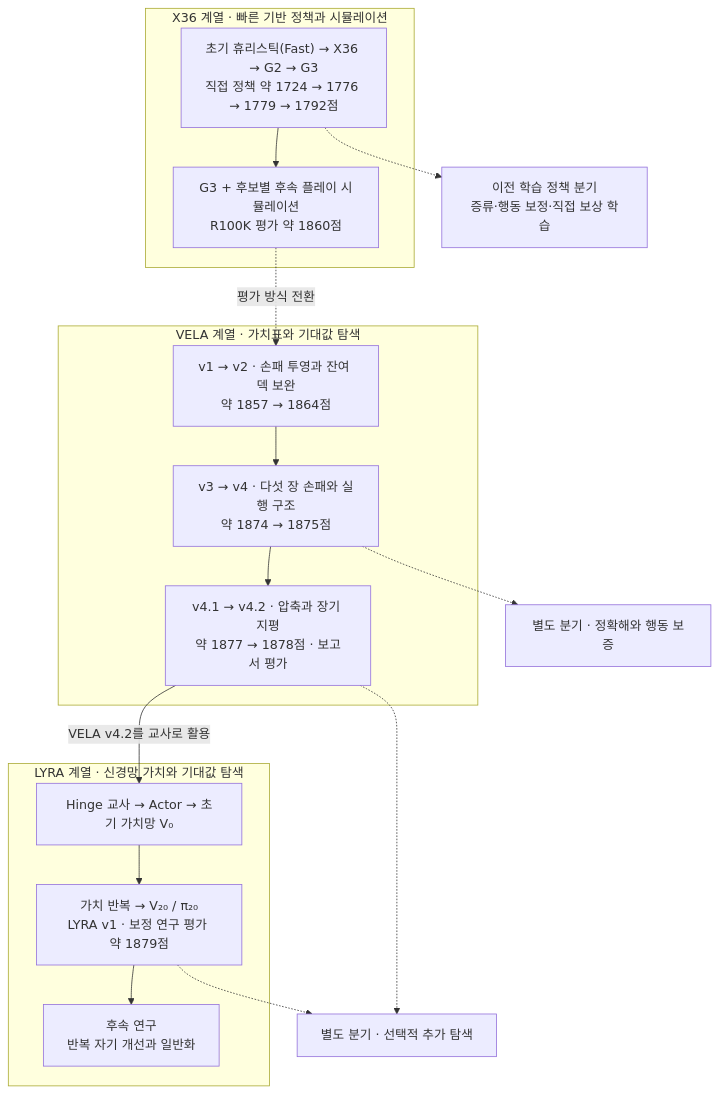
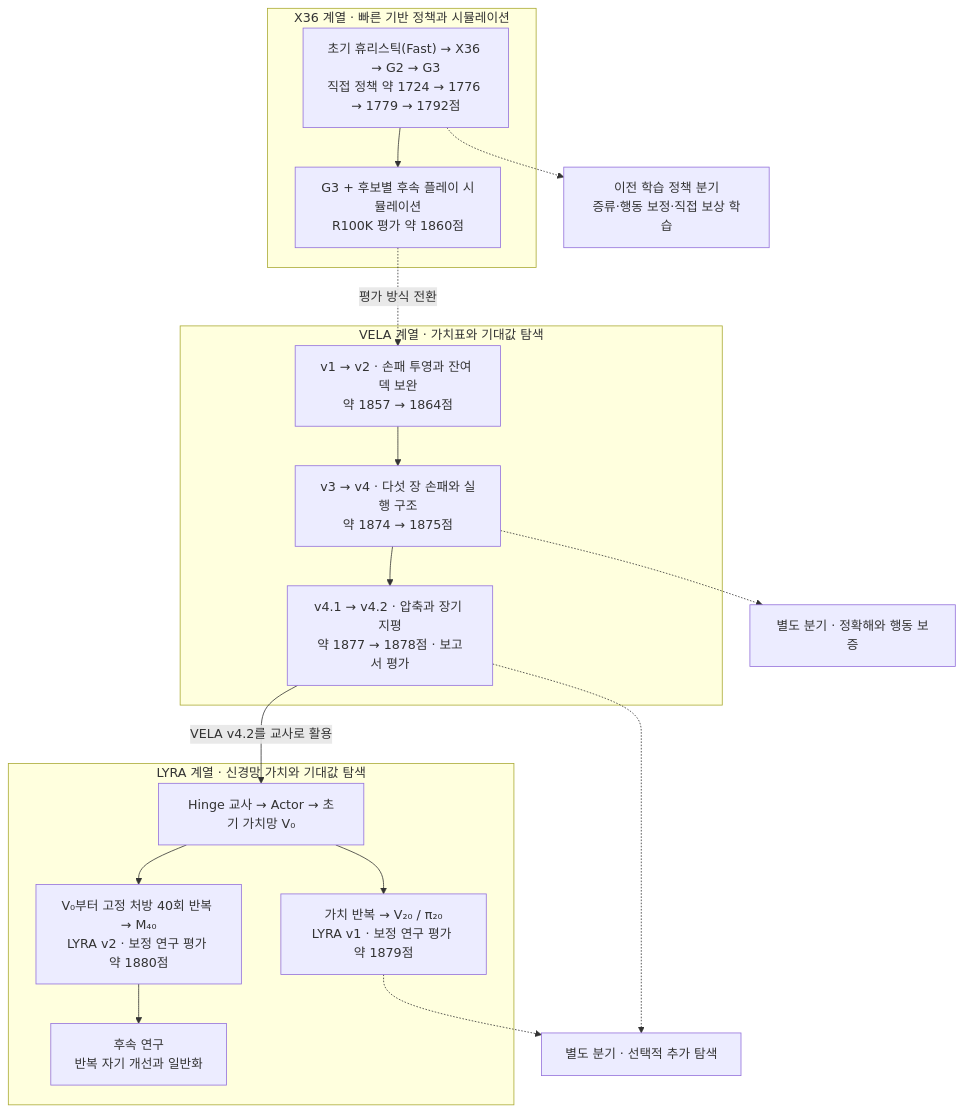
One commit to alfm201/adventure changed the diagram in research/README.ko.md. Above: the diagram before and after it, drawn with Mermaid. The commit also changed other lines of this file and 26 other files, not shown here.

````diff
--- a/research/README.ko.md
+++ b/research/README.ko.md
@@ -21,26 +21,28 @@
 ```mermaid
 flowchart TD
     subgraph X["X36 계열 · 빠른 기반 정책과 시뮬레이션"]
         X0["초기 휴리스틱(Fast) → X36 → G2 → G3<br/>직접 정책 약 1724 → 1776 → 1779 → 1792점"]
         X1["G3 + 후보별 후속 플레이 시뮬레이션<br/>R100K 평가 약 1860점"]
         X0 --> X1
     end
     subgraph V["VELA 계열 · 가치표와 기대값 탐색"]
         V1["v1 → v2 · 손패 투영과 잔여 덱 보완<br/>약 1857 → 1864점"]
         V2["v3 → v4 · 다섯 장 손패와 실행 구조<br/>약 1874 → 1875점"]
         V3["v4.1 → v4.2 · 압축과 장기 지평<br/>약 1877 → 1878점 · 보고서 평가"]
         V1 --> V2 --> V3
     end
     subgraph L["LYRA 계열 · 신경망 가치와 기대값 탐색"]
         L0["Hinge 교사 → Actor → 초기 가치망 V₀"]
         L1["가치 반복 → V₂₀ / π₂₀<br/>LYRA v1 · 보정 연구 평가 약 1879점"]
+        L3["V₀부터 고정 처방 40회 반복 → M₄₀<br/>LYRA v2 · 보정 연구 평가 약 1880점"]
         L2["후속 연구<br/>반복 자기 개선과 일반화"]
-        L0 --> L1 --> L2
+        L0 --> L1
+        L0 --> L3 --> L2
     end
     X1 -. "평가 방식 전환" .-> V1
     X0 -.-> N["이전 학습 정책 분기<br/>증류·행동 보정·직접 보상 학습"]
     V3 -->|"VELA v4.2를 교사로 활용"| L0
     V2 -.-> E["별도 분기 · 정확해와 행동 보증"]
     V3 -.-> S["별도 분기 · 선택적 추가 탐색"]
     L1 -.-> S
 ```
````
